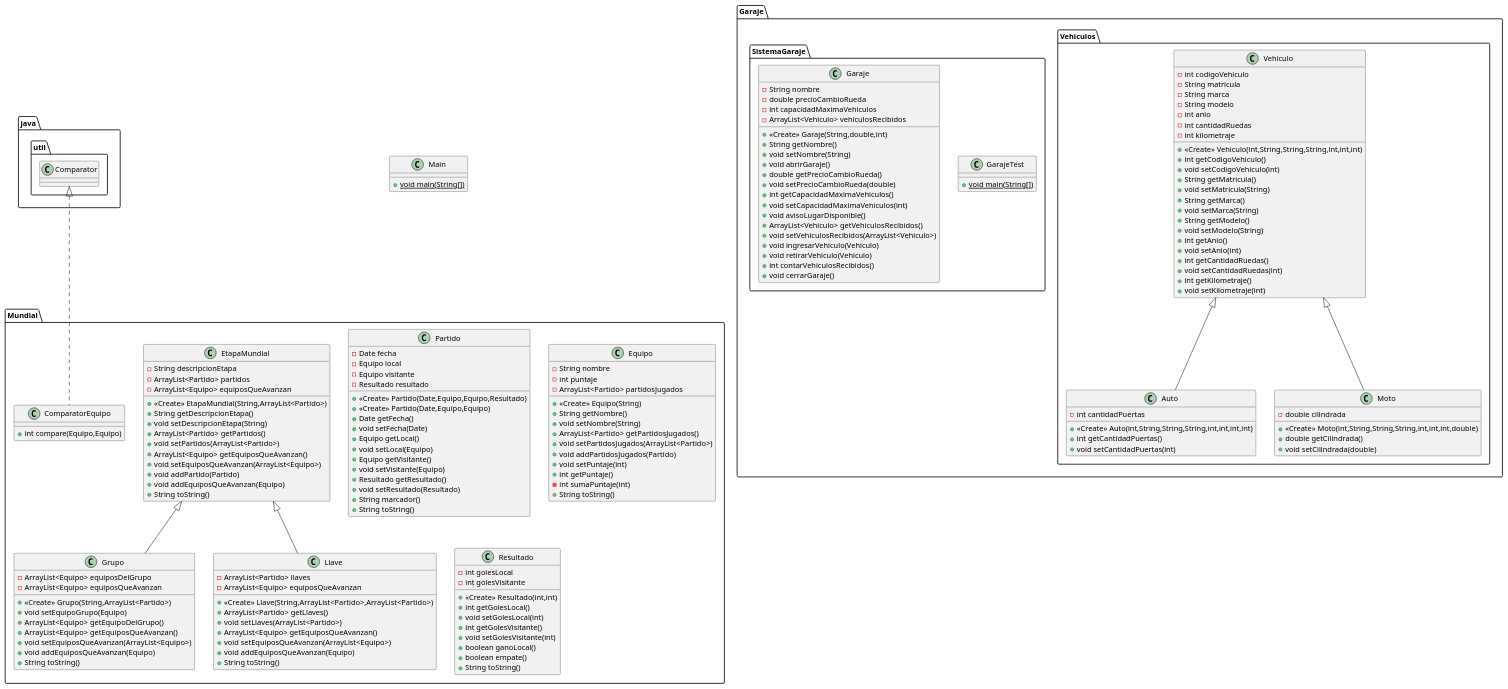
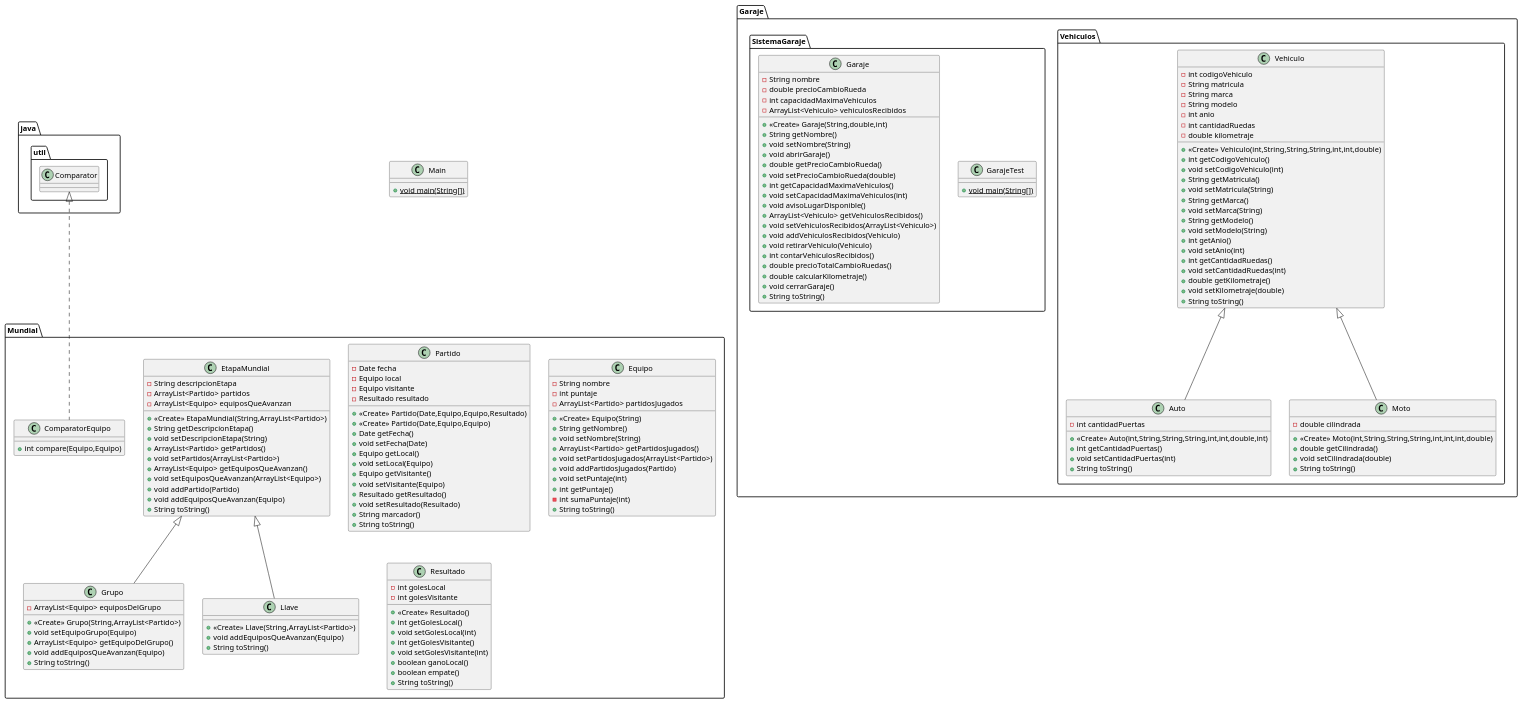
Before and after one commit to AnaGabyy/TpSegundaParteMundial: the diagram in Mundial.puml, drawn with PlantUML.

Commit message:
Diagrama de clases

```diff
--- a/Mundial.puml
+++ b/Mundial.puml
@@ -1,157 +1,154 @@
 @startuml
 class Main {
 + {static} void main(String[])
 }
 class Mundial.EtapaMundial {
 - String descripcionEtapa
 - ArrayList<Partido> partidos
 - ArrayList<Equipo> equiposQueAvanzan
 + <<Create>> EtapaMundial(String,ArrayList<Partido>)
 + String getDescripcionEtapa()
 + void setDescripcionEtapa(String)
 + ArrayList<Partido> getPartidos()
 + void setPartidos(ArrayList<Partido>)
 + ArrayList<Equipo> getEquiposQueAvanzan()
 + void setEquiposQueAvanzan(ArrayList<Equipo>)
 + void addPartido(Partido)
 + void addEquiposQueAvanzan(Equipo)
 + String toString()
 }
 class Mundial.Grupo {
 - ArrayList<Equipo> equiposDelGrupo
-- ArrayList<Equipo> equiposQueAvanzan
 + <<Create>> Grupo(String,ArrayList<Partido>)
 + void setEquipoGrupo(Equipo)
 + ArrayList<Equipo> getEquipoDelGrupo()
-+ ArrayList<Equipo> getEquiposQueAvanzan()
-+ void setEquiposQueAvanzan(ArrayList<Equipo>)
 + void addEquiposQueAvanzan(Equipo)
 + String toString()
 }
 class Mundial.Partido {
 - Date fecha
 - Equipo local
 - Equipo visitante
 - Resultado resultado
 + <<Create>> Partido(Date,Equipo,Equipo,Resultado)
 + <<Create>> Partido(Date,Equipo,Equipo)
 + Date getFecha()
 + void setFecha(Date)
 + Equipo getLocal()
 + void setLocal(Equipo)
 + Equipo getVisitante()
 + void setVisitante(Equipo)
 + Resultado getResultado()
 + void setResultado(Resultado)
 + String marcador()
 + String toString()
 }
 class Garaje.Vehiculos.Auto {
 - int cantidadPuertas
-+ <<Create>> Auto(int,String,String,String,int,int,int,int)
++ <<Create>> Auto(int,String,String,String,int,int,double,int)
 + int getCantidadPuertas()
 + void setCantidadPuertas(int)
++ String toString()
 }
 class Garaje.Vehiculos.Moto {
 - double cilindrada
 + <<Create>> Moto(int,String,String,String,int,int,int,double)
 + double getCilindrada()
 + void setCilindrada(double)
++ String toString()
 }
 class Mundial.ComparatorEquipo {
 + int compare(Equipo,Equipo)
 }
 class Garaje.Vehiculos.Vehiculo {
 - int codigoVehiculo
 - String matricula
 - String marca
 - String modelo
 - int anio
 - int cantidadRuedas
-- int kilometraje
-+ <<Create>> Vehiculo(int,String,String,String,int,int,int)
+- double kilometraje
++ <<Create>> Vehiculo(int,String,String,String,int,int,double)
 + int getCodigoVehiculo()
 + void setCodigoVehiculo(int)
 + String getMatricula()
 + void setMatricula(String)
 + String getMarca()
 + void setMarca(String)
 + String getModelo()
 + void setModelo(String)
 + int getAnio()
 + void setAnio(int)
 + int getCantidadRuedas()
 + void setCantidadRuedas(int)
-+ int getKilometraje()
-+ void setKilometraje(int)
++ double getKilometraje()
++ void setKilometraje(double)
++ String toString()
 }
 class Garaje.SistemaGaraje.GarajeTest {
 + {static} void main(String[])
 }
 class Mundial.Equipo {
 - String nombre
 - int puntaje
 - ArrayList<Partido> partidosJugados
 + <<Create>> Equipo(String)
 + String getNombre()
 + void setNombre(String)
 + ArrayList<Partido> getPartidosJugados()
 + void setPartidosJugados(ArrayList<Partido>)
 + void addPartidosJugados(Partido)
 + void setPuntaje(int)
 + int getPuntaje()
 - int sumaPuntaje(int)
 + String toString()
 }
 class Garaje.SistemaGaraje.Garaje {
 - String nombre
 - double precioCambioRueda
 - int capacidadMaximaVehiculos
 - ArrayList<Vehiculo> vehiculosRecibidos
 + <<Create>> Garaje(String,double,int)
 + String getNombre()
 + void setNombre(String)
 + void abrirGaraje()
 + double getPrecioCambioRueda()
 + void setPrecioCambioRueda(double)
 + int getCapacidadMaximaVehiculos()
 + void setCapacidadMaximaVehiculos(int)
 + void avisoLugarDisponible()
 + ArrayList<Vehiculo> getVehiculosRecibidos()
 + void setVehiculosRecibidos(ArrayList<Vehiculo>)
-+ void ingresarVehiculo(Vehiculo)
++ void addVehiculosRecibidos(Vehiculo)
 + void retirarVehiculo(Vehiculo)
 + int contarVehiculosRecibidos()
++ double precioTotalCambioRuedas()
++ double calcularKilometraje()
 + void cerrarGaraje()
++ String toString()
 }
 class Mundial.Llave {
-- ArrayList<Partido> llaves
-- ArrayList<Equipo> equiposQueAvanzan
-+ <<Create>> Llave(String,ArrayList<Partido>,ArrayList<Partido>)
-+ ArrayList<Partido> getLlaves()
-+ void setLlaves(ArrayList<Partido>)
-+ ArrayList<Equipo> getEquiposQueAvanzan()
-+ void setEquiposQueAvanzan(ArrayList<Equipo>)
++ <<Create>> Llave(String,ArrayList<Partido>)
 + void addEquiposQueAvanzan(Equipo)
 + String toString()
 }
 class Mundial.Resultado {
 - int golesLocal
 - int golesVisitante
-+ <<Create>> Resultado(int,int)
++ <<Create>> Resultado()
 + int getGolesLocal()
 + void setGolesLocal(int)
 + int getGolesVisitante()
 + void setGolesVisitante(int)
 + boolean ganoLocal()
 + boolean empate()
 + String toString()
 }
 
 
 Mundial.EtapaMundial <|-- Mundial.Grupo
 Garaje.Vehiculos.Vehiculo <|-- Garaje.Vehiculos.Auto
 Garaje.Vehiculos.Vehiculo <|-- Garaje.Vehiculos.Moto
 java.util.Comparator <|.. Mundial.ComparatorEquipo
 Mundial.EtapaMundial <|-- Mundial.Llave
 @enduml
```
